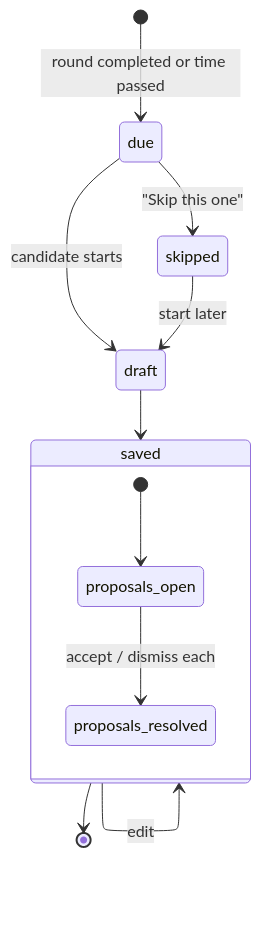
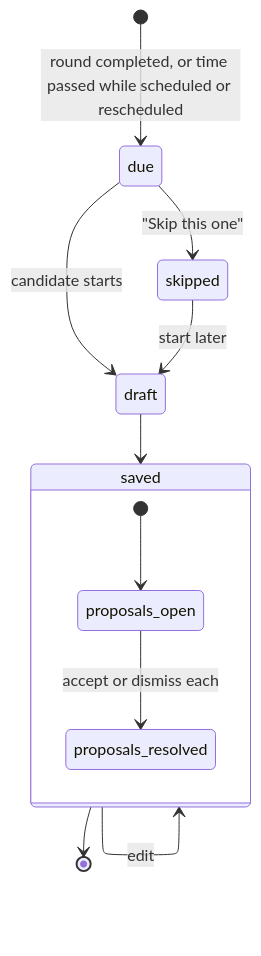
Before and after one commit to arvindsoni2/hatch: the eighth of 10 diagrams in docs/implementation-specs/active/2026-10-22-coach-phase2-readiness-loop.md, drawn with Mermaid. The commit also changed other lines of this file and 20 other files, not shown here.

````diff
--- a/docs/implementation-specs/active/2026-10-22-coach-phase2-readiness-loop.md
+++ b/docs/implementation-specs/active/2026-10-22-coach-phase2-readiness-loop.md
@@ -544,14 +659,14 @@
 ```mermaid
 stateDiagram-v2
-  [*] --> due: round completed or time passed
+  [*] --> due: round completed, or time passed while scheduled or rescheduled
   due --> draft: candidate starts
   due --> skipped: "Skip this one"
   draft --> saved
   saved --> saved: edit
   skipped --> draft: start later
   saved --> [*]
   state saved {
     [*] --> proposals_open
-    proposals_open --> proposals_resolved: accept / dismiss each
+    proposals_open --> proposals_resolved: accept or dismiss each
   }
 ```
````
